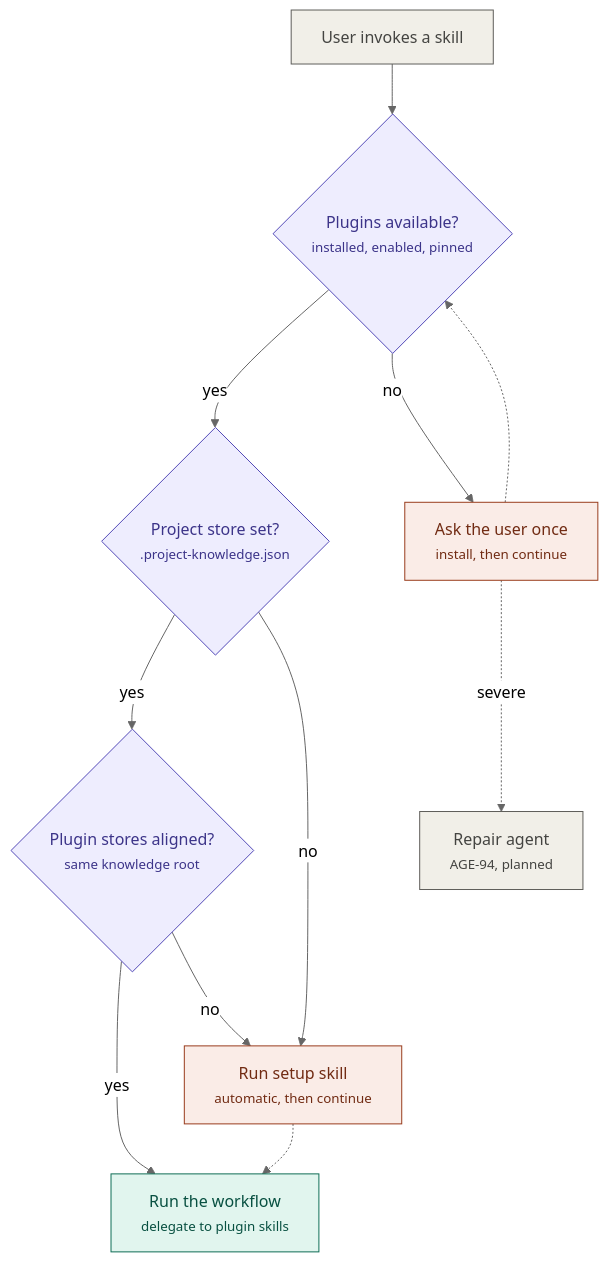
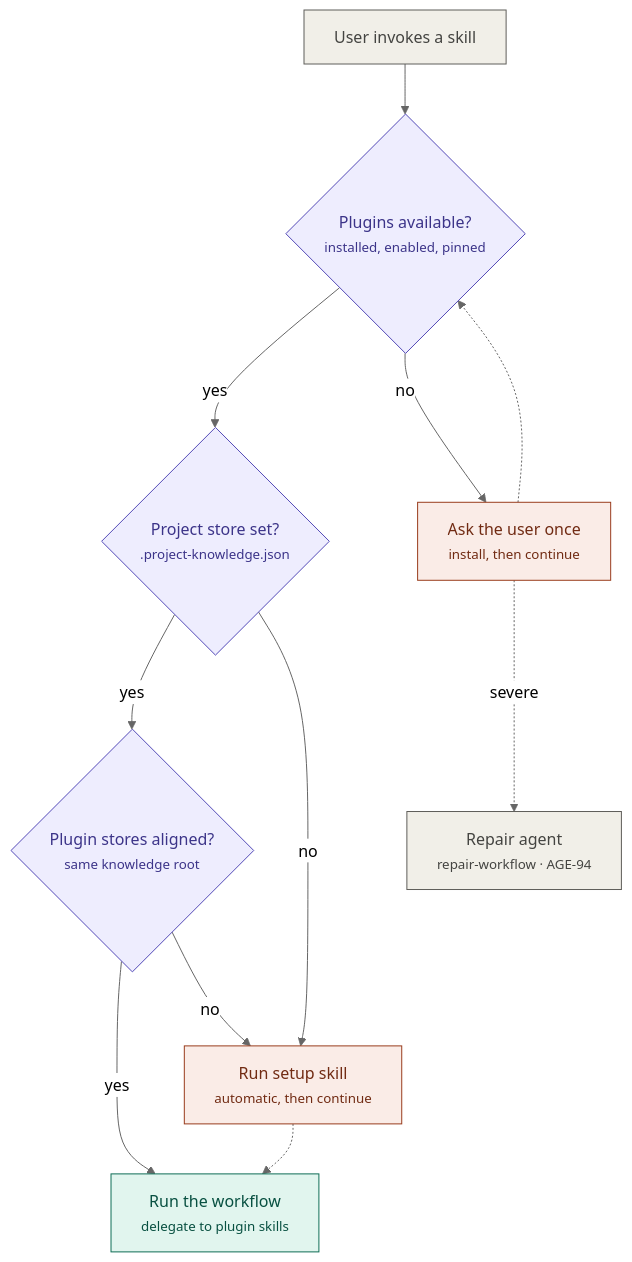
Before and after one commit to Monolith-INC/unified-plugin-framework: the second of 5 diagrams in docs/user-journey.md, drawn with Mermaid (neutral theme). The commit also changed other lines of this file and 11 other files, not shown here.

````diff
--- a/docs/user-journey.md
+++ b/docs/user-journey.md
@@ -58,22 +58,22 @@
 ```mermaid
 flowchart TD
     S["User invokes a skill"] --> A{"Plugins available?<br/><small>installed, enabled, pinned</small>"}
     A -- yes --> P{"Project store set?<br/><small>.project-knowledge.json</small>"}
     A -- no --> U["Ask the user once<br/><small>install, then continue</small>"]
     U -.-> A
     P -- yes --> G{"Plugin stores aligned?<br/><small>same knowledge root</small>"}
     P -- no --> X["Run setup skill<br/><small>automatic, then continue</small>"]
     G -- yes --> W["Run the workflow<br/><small>delegate to plugin skills</small>"]
     G -- no --> X
     X -.-> W
-    U -. severe .-> RA["Repair agent<br/><small>AGE-94, planned</small>"]
+    U -. severe .-> RA["Repair agent<br/><small>repair-workflow · AGE-94</small>"]
 
     classDef check fill:#EEEDFE,stroke:#534AB7,color:#3C3489
     classDef recover fill:#FAECE7,stroke:#993C1D,color:#712B13
     classDef run fill:#E1F5EE,stroke:#0F6E56,color:#085041
     classDef planned fill:#F1EFE8,stroke:#5F5E5A,color:#444441
     class A,P,G check
     class U,X recover
     class W run
     class S,RA planned
 ```
````
